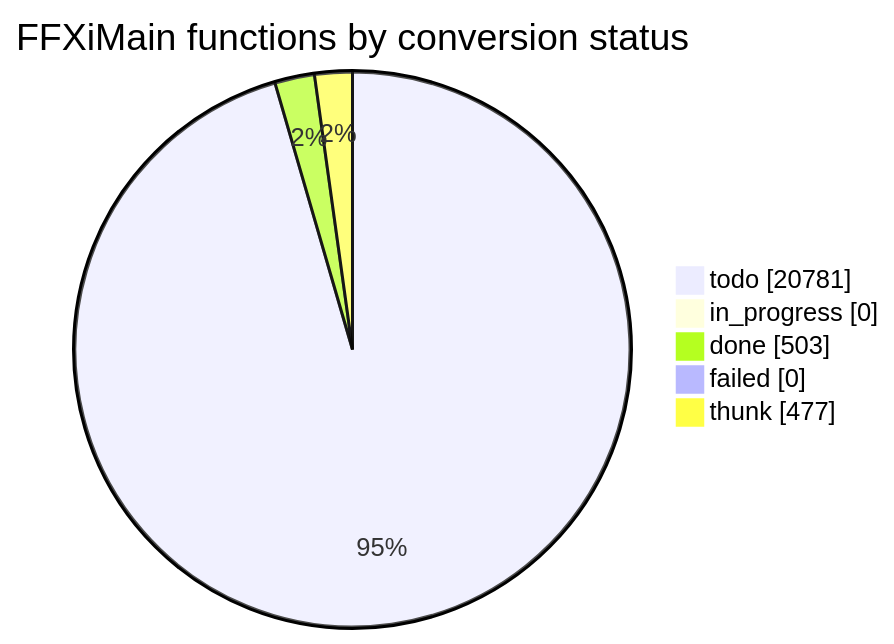
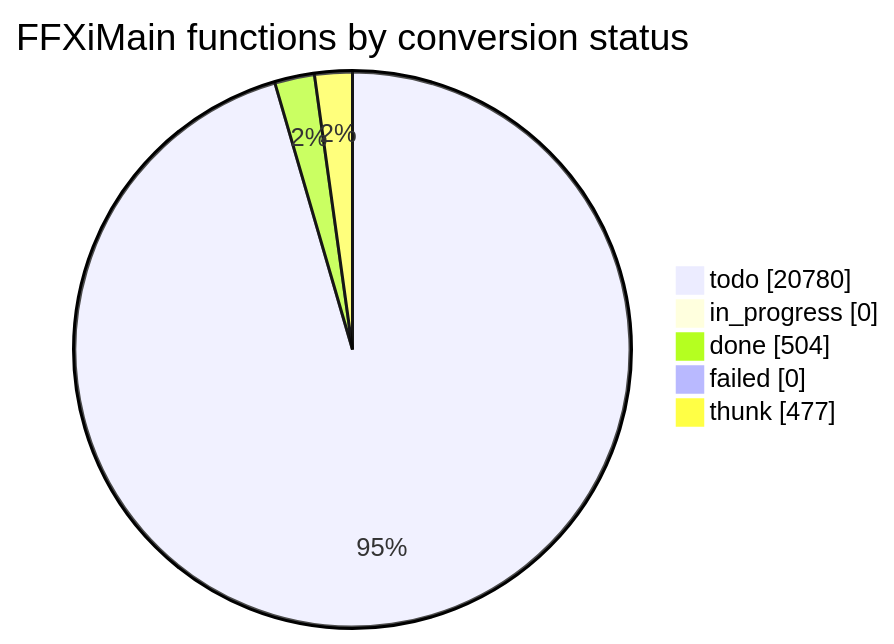
Before and after one commit to cowrevenge/cow_kuluu_xi_anything: the diagram in docs/cow/STATUS.md, drawn with Mermaid. The commit also changed other lines of this file and 9 other files, not shown here.

````diff
--- a/docs/cow/STATUS.md
+++ b/docs/cow/STATUS.md
@@ -18,9 +18,9 @@
 ```mermaid
 pie showData
     title FFXiMain functions by conversion status
-    "todo" : 20781
+    "todo" : 20780
     "in_progress" : 0
-    "done" : 503
+    "done" : 504
     "failed" : 0
     "thunk" : 477
 ```
````
